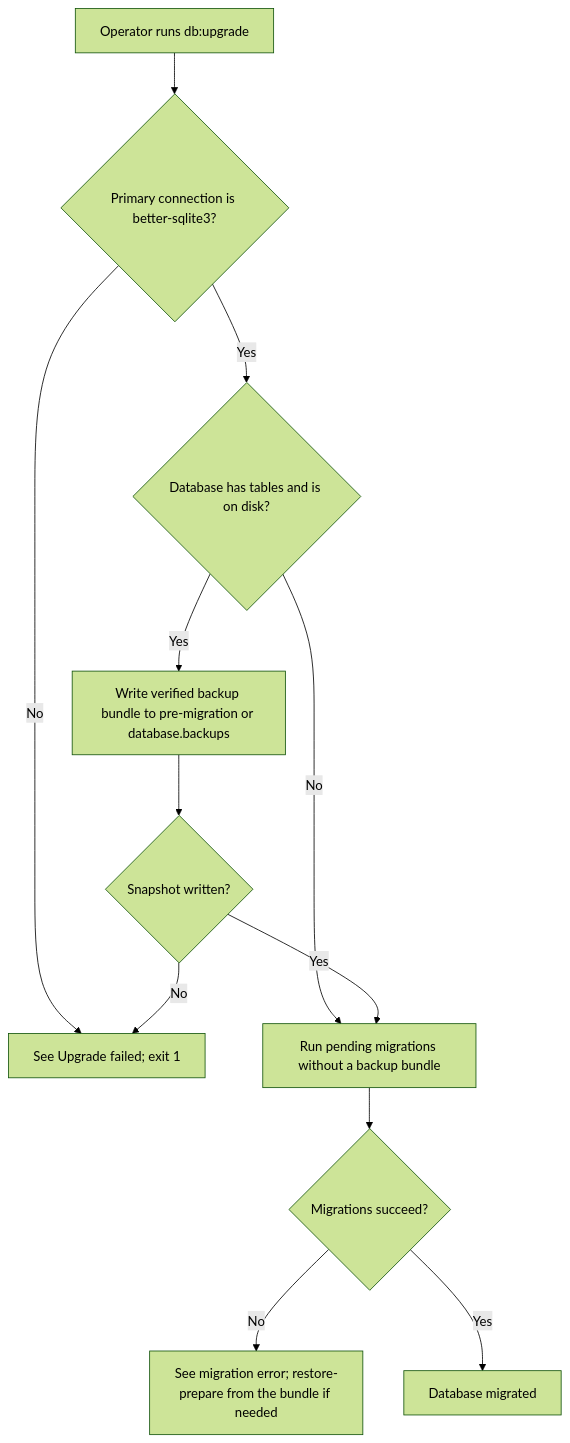
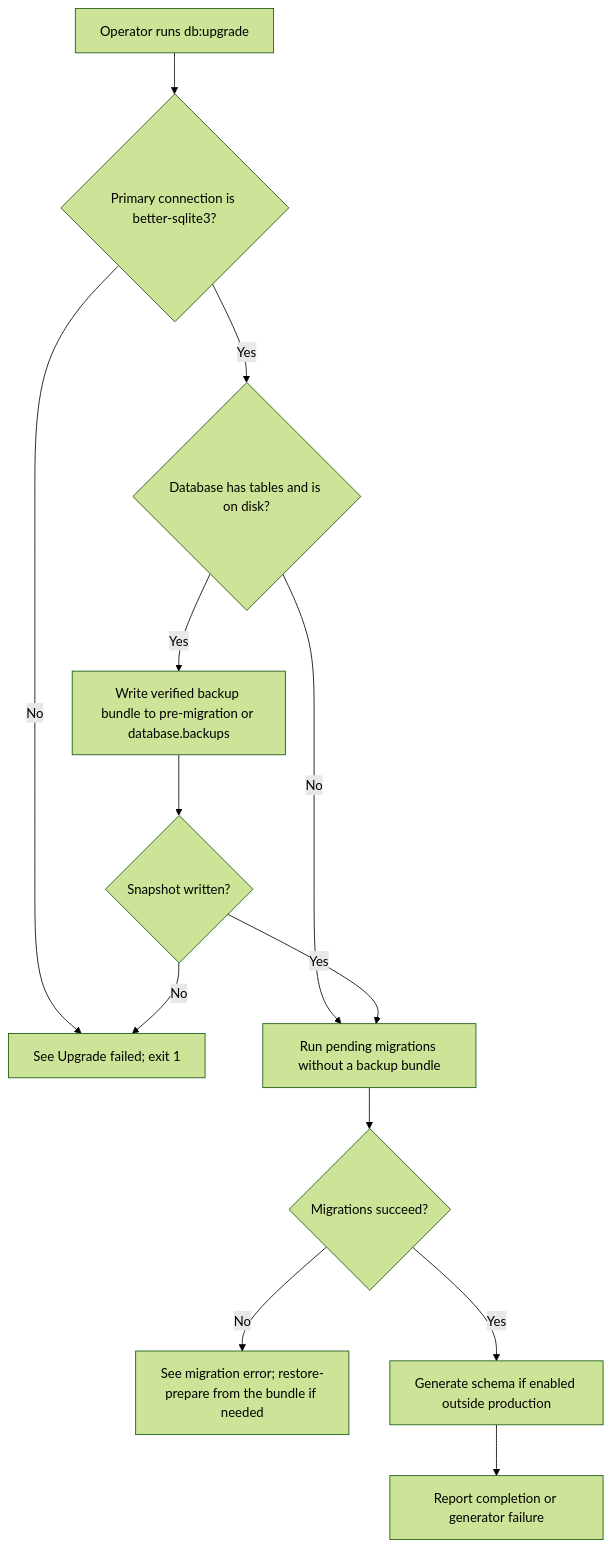
The first of 2 diagrams in user-stories/upgrade-database/us-op-06-upgrade-database.md (Kevinjohn/oss-adonisjs-sqlite-backup), drawn with Mermaid (forest theme) before and after one commit. The commit also changed other lines of this file and 12 other files, not shown here.

````diff
--- a/user-stories/upgrade-database/us-op-06-upgrade-database.md
+++ b/user-stories/upgrade-database/us-op-06-upgrade-database.md
@@ -27,14 +27,15 @@
 ```mermaid
 flowchart TD
     A["Operator runs db:upgrade"] --> B{"Primary connection is better-sqlite3?"}
     B -->|No| C["See Upgrade failed; exit 1"]
     B -->|Yes| D{"Database has tables and is on disk?"}
     D -->|No| G["Run pending migrations without a backup bundle"]
     D -->|Yes| E["Write verified backup bundle to pre-migration or database.backups"]
     E --> F{"Snapshot written?"}
     F -->|No| C
     F -->|Yes| G
     G --> H{"Migrations succeed?"}
     H -->|No| I["See migration error; restore-prepare from the bundle if needed"]
-    H -->|Yes| J["Database migrated"]
+    H -->|Yes| J["Generate schema if enabled outside production"]
+    J --> K["Report completion or generator failure"]
 ```
````
